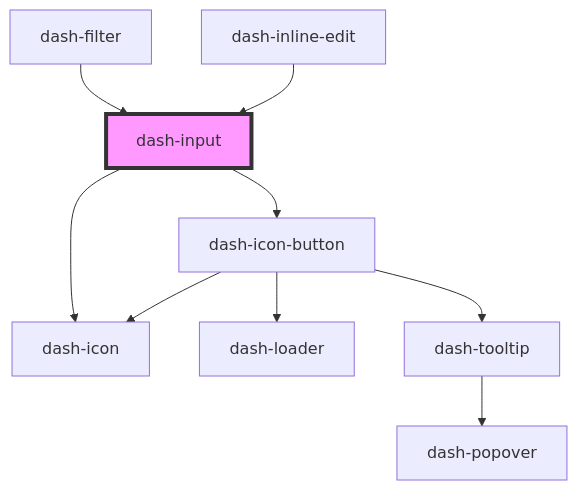
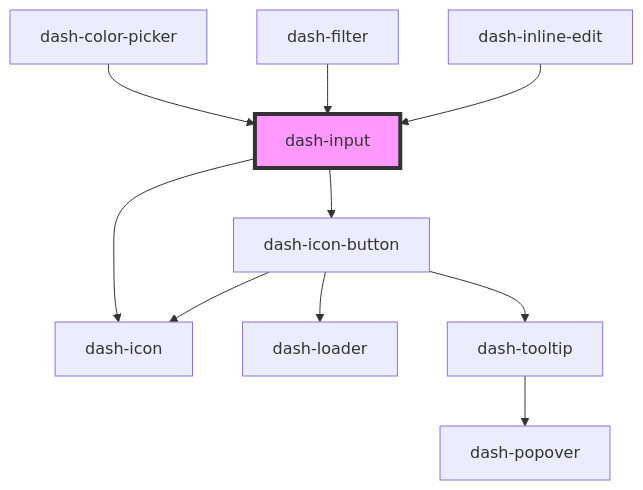
One commit to jmanke/dash changed the diagram in packages/dash-components/src/components/dash-input/readme.md. Above: the diagram before and after it, drawn with Mermaid. The commit also changed other lines of this file and 13 other files, not shown here.

````diff
--- a/packages/dash-components/src/components/dash-input/readme.md
+++ b/packages/dash-components/src/components/dash-input/readme.md
@@ -65,12 +66,13 @@
 ```mermaid
 graph TD;
   dash-input --> dash-icon
   dash-input --> dash-icon-button
   dash-icon-button --> dash-icon
   dash-icon-button --> dash-loader
   dash-icon-button --> dash-tooltip
   dash-tooltip --> dash-popover
+  dash-color-picker --> dash-input
   dash-filter --> dash-input
   dash-inline-edit --> dash-input
   style dash-input fill:#f9f,stroke:#333,stroke-width:4px
 ```
````
